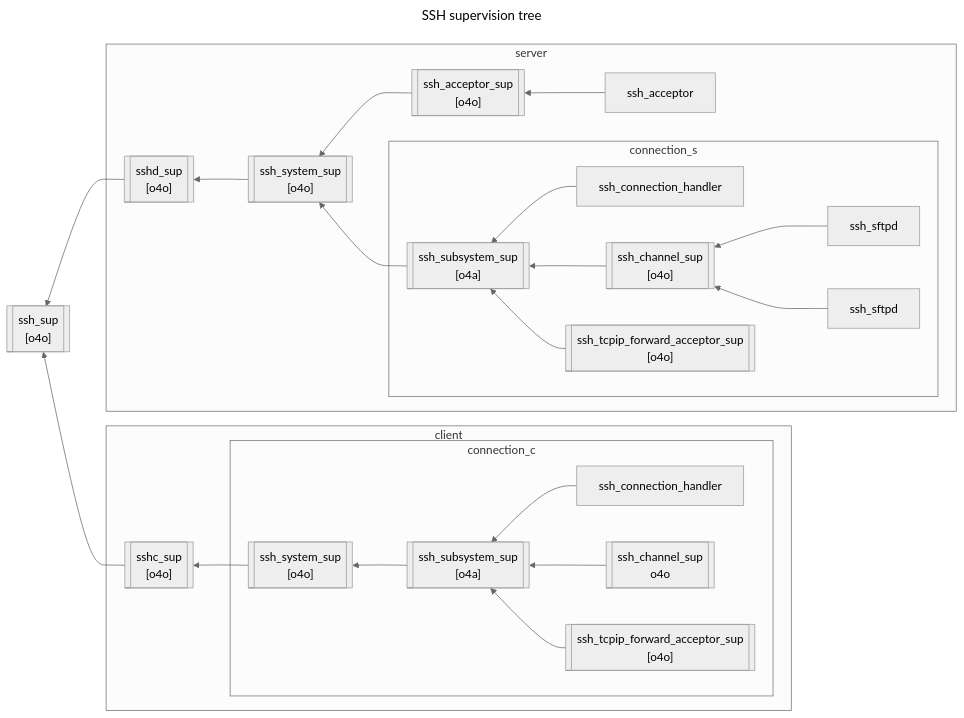
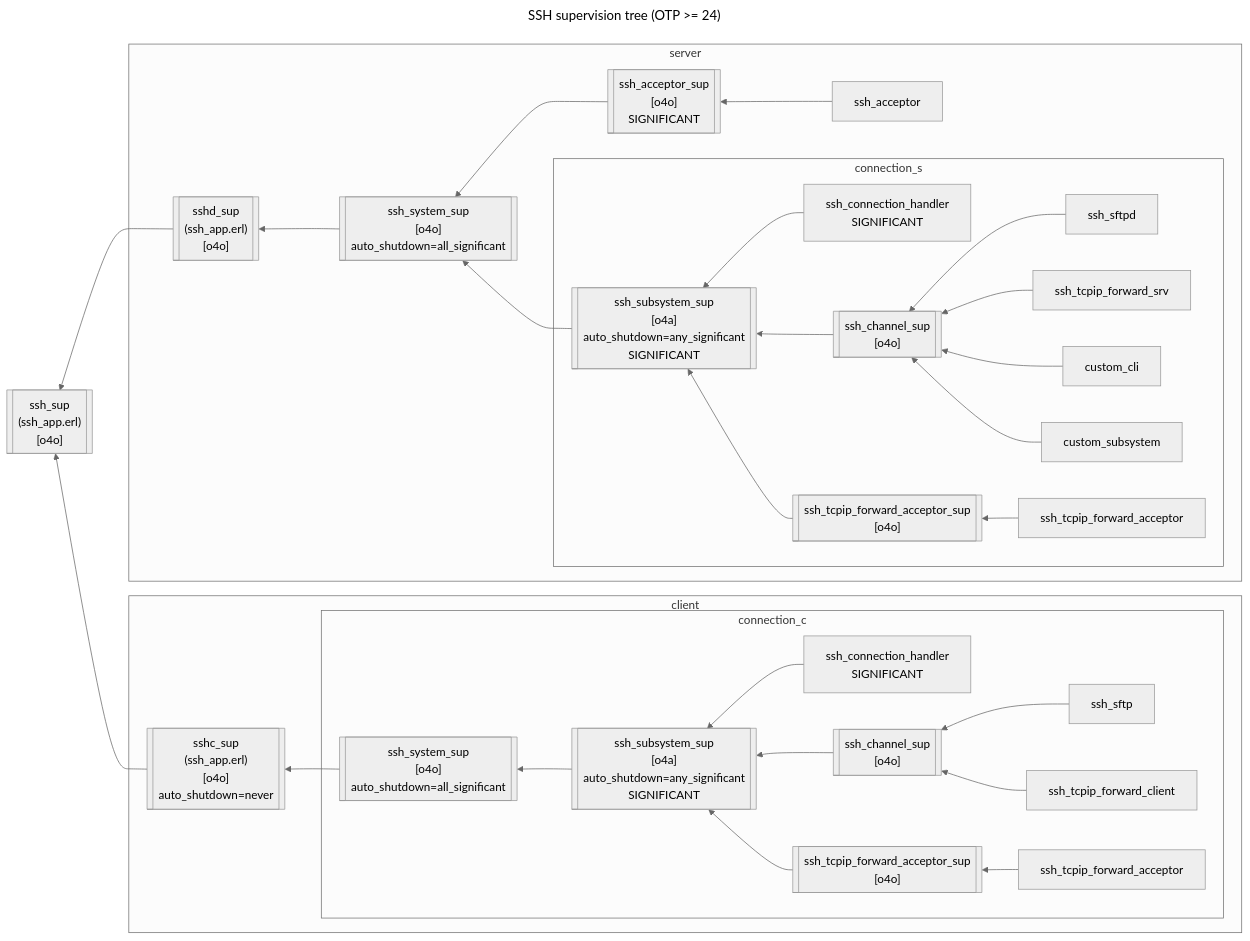
The second of 3 diagrams in lib/ssh/internal_doc/ssh_notes.md (erlang/otp), drawn with Mermaid (neutral theme) before and after one commit. The commit also changed other lines of this file, not shown here.

Commit message:
ssh: ssh_notes.md supervision tree diagram update

````diff
--- a/lib/ssh/internal_doc/ssh_notes.md
+++ b/lib/ssh/internal_doc/ssh_notes.md
@@ -1,36 +39,40 @@
 ```mermaid
 ---
-title: SSH supervision tree
+title: SSH supervision tree (OTP >= 24)
 ---
 flowchart RL
-    d_sup --> sup[["ssh_sup\n[o4o]"]]
+    d_sup --> sup[["ssh_sup\n(ssh_app.erl)\n[o4o]"]]
     c_sup --> sup
 
     subgraph client
-    system_sup --> c_sup[["sshc_sup\n[o4o]"]]
-
+    system_sup --> c_sup[["sshc_sup\n(ssh_app.erl)\n[o4o]\nauto_shutdown=never"]]
     subgraph connection_c
-    subsystem_sup --> system_sup[["ssh_system_sup\n[o4o]"]]
-    connection_handler["ssh_connection_handler"] --> subsystem_sup[["ssh_subsystem_sup\n[o4a]"]]
-    channel_sup[["ssh_channel_sup\no4o"]] --> subsystem_sup
+    subsystem_sup --> system_sup[["ssh_system_sup\n[o4o]\nauto_shutdown=all_significant"]]
+    connection_handler["ssh_connection_handler\nSIGNIFICANT"] --> subsystem_sup[["ssh_subsystem_sup\n[o4a]\nauto_shutdown=any_significant\nSIGNIFICANT"]]
+    channel_sup[["ssh_channel_sup\n[o4o]"]] --> subsystem_sup
+    sftp["ssh_sftp"] --> channel_sup
+    ssh_tcpip_forward_client --> channel_sup
     tcpip_forward_acceptor_sup[["ssh_tcpip_forward_acceptor_sup\n[o4o]"]] --> subsystem_sup
+    ssh_tcpip_forward_acceptor["ssh_tcpip_forward_acceptor"] --> tcpip_forward_acceptor_sup
     end
-
     end
 
     subgraph server
-    system_sup_s --> d_sup[["sshd_sup\n[o4o]"]]
-    acceptor_sup --> system_sup_s[["ssh_system_sup\n[o4o]"]]
-    acceptor["ssh_acceptor"] --> acceptor_sup[["ssh_acceptor_sup\n[o4o]"]]
+    system_sup_s --> d_sup[["sshd_sup\n(ssh_app.erl)\n[o4o]"]]
+    acceptor_sup --> system_sup_s[["ssh_system_sup\n[o4o]\nauto_shutdown=all_significant"]]
+    acceptor["ssh_acceptor"] --> acceptor_sup[["ssh_acceptor_sup\n[o4o]\nSIGNIFICANT"]]
 
     subsystem_sup_s --> system_sup_s
 
     subgraph connection_s
-    connection_handler_s["ssh_connection_handler"] --> subsystem_sup_s[["ssh_subsystem_sup\n[o4a]"]]
+    connection_handler_s["ssh_connection_handler\nSIGNIFICANT"] --> subsystem_sup_s[["ssh_subsystem_sup\n[o4a]\nauto_shutdown=any_significant\nSIGNIFICANT"]]
     channel_sup_s[["ssh_channel_sup\n[o4o]"]] --> subsystem_sup_s
     tcpip_forward_acceptor_sup_s[["ssh_tcpip_forward_acceptor_sup\n[o4o]"]] --> subsystem_sup_s
+    ssh_tcpip_forward_acceptor_s["ssh_tcpip_forward_acceptor"] --> tcpip_forward_acceptor_sup_s
     sftd1["ssh_sftpd"] --> channel_sup_s
-    sftd2["ssh_sftpd"] --> channel_sup_s
+    ssh_tcpip_forward_srv --> channel_sup_s
+    custom_cli --> channel_sup_s
+    custom_subsystem --> channel_sup_s
     end
     end
 ```
````
